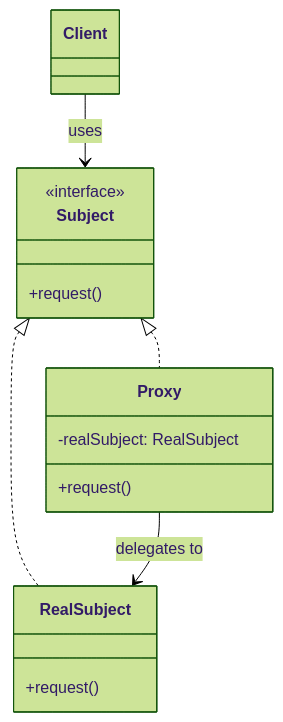
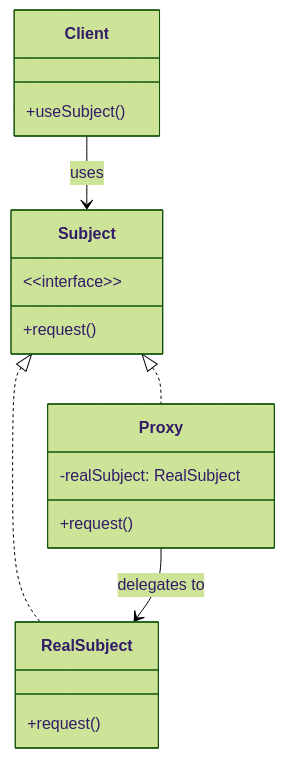
Before and after one commit to AmatsuZero/LastStand: the first of 2 diagrams in content/posts/interview/ios-design/patterns/代理模式/index.md, drawn with Mermaid (forest theme). The commit also changed other lines of this file and 10 other files, not shown here.

First line of the commit message:
fix: 修复设计模式系列 mermaid classDiagram 尖括号渲染失败

````diff
--- a/content/posts/interview/ios-design/patterns/代理模式/index.md
+++ b/content/posts/interview/ios-design/patterns/代理模式/index.md
@@ -40,21 +40,25 @@
 ```mermaid
 classDiagram
     class Subject {
-        <<interface>>
+        &lt;&lt;interface&gt;&gt;
         +request()
     }
     
     class RealSubject {
         +request()
     }
     
     class Proxy {
         -realSubject: RealSubject
         +request()
     }
-    
+
+    class Client {
+        +useSubject()
+    }
+
     Subject <|.. RealSubject
     Subject <|.. Proxy
     Proxy --> RealSubject : delegates to
     Client --> Subject : uses
 ```
````
